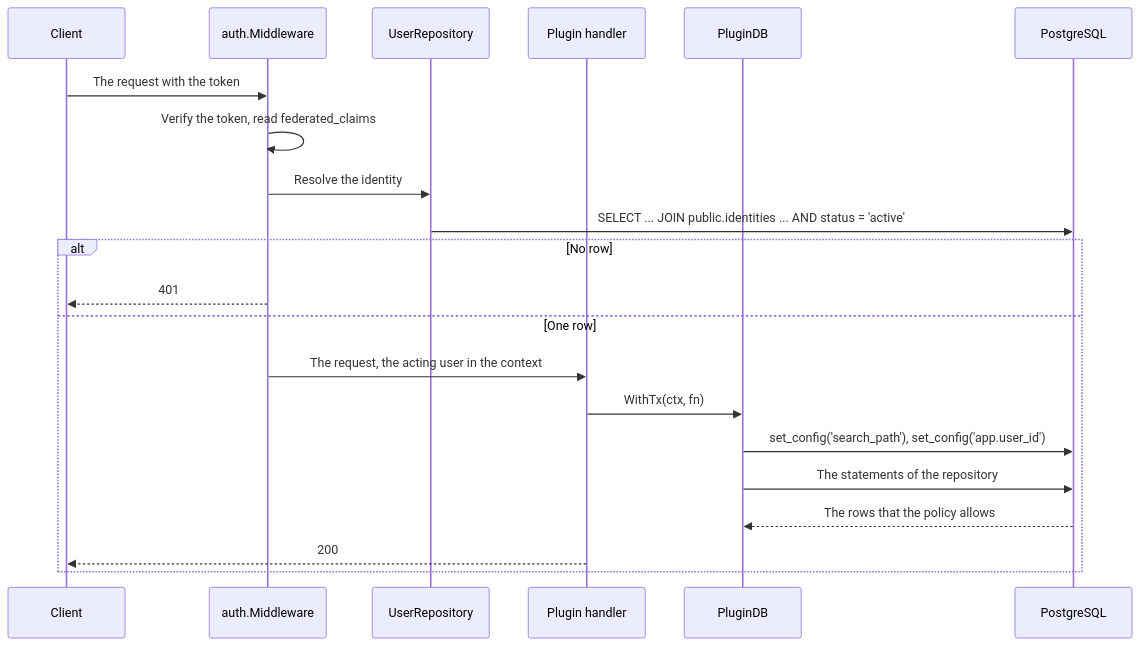
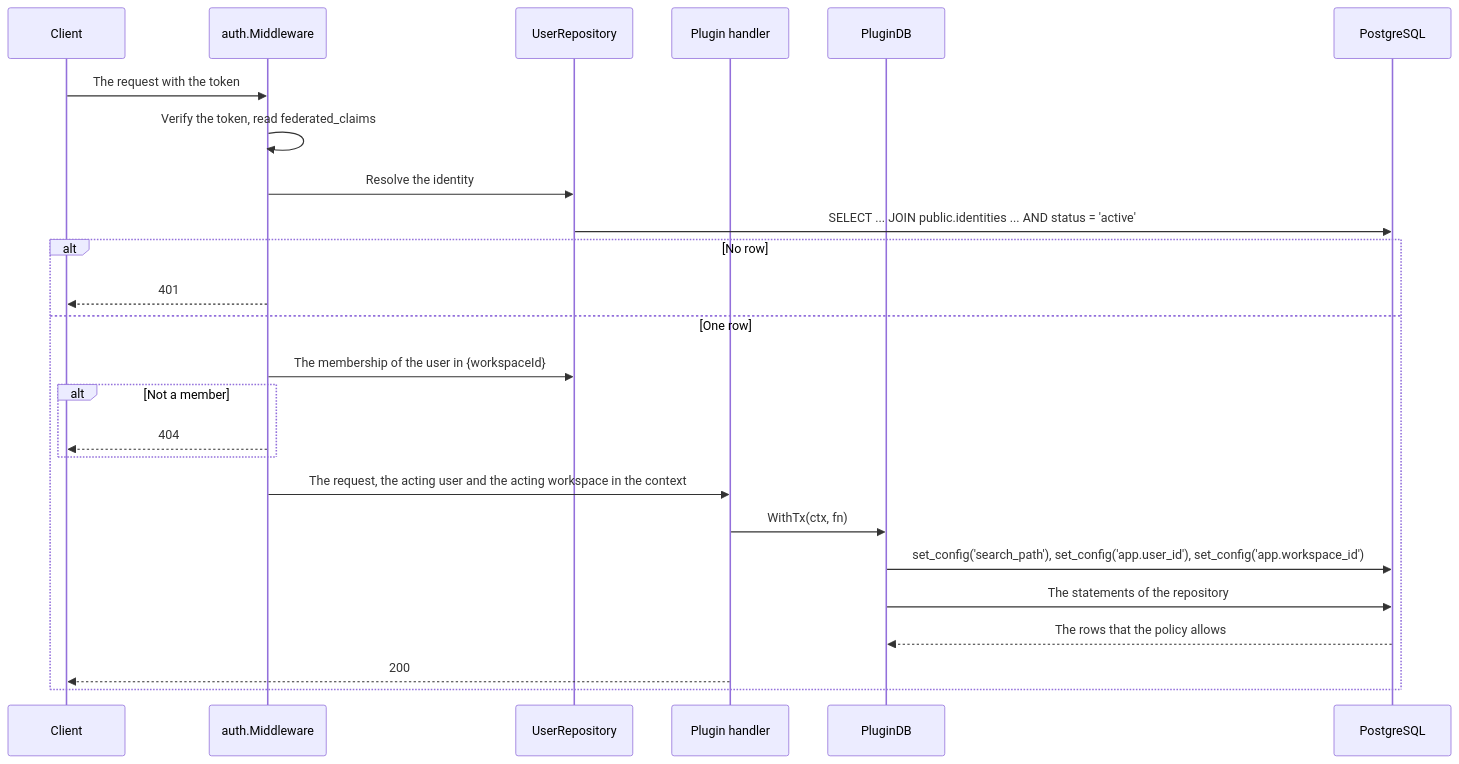
Before and after one commit to ABGEO/maroid: the first of 3 diagrams in specs/features/ident/spec.md, drawn with Mermaid. The commit also changed other lines of this file and 38 other files, not shown here.

````diff
--- a/specs/features/ident/spec.md
+++ b/specs/features/ident/spec.md
@@ -215,24 +230,28 @@
 ```mermaid
 sequenceDiagram
     participant C as Client
     participant M as auth.Middleware
     participant R as UserRepository
     participant H as Plugin handler
     participant D as PluginDB
     participant P as PostgreSQL
 
     C->>M: The request with the token
         M->>M: Verify the token, read federated_claims
     M->>R: Resolve the identity
     R->>P: SELECT ... JOIN public.identities ... AND status = 'active'
     alt No row
         M-->>C: 401
     else One row
-        M->>H: The request, the acting user in the context
+        M->>R: The membership of the user in {workspaceId}
+        alt Not a member
+            M-->>C: 404
+        end
+        M->>H: The request, the acting user and the acting workspace in the context
         H->>D: WithTx(ctx, fn)
-        D->>P: set_config('search_path'), set_config('app.user_id')
+        D->>P: set_config('search_path'), set_config('app.user_id'), set_config('app.workspace_id')
         D->>P: The statements of the repository
         P-->>D: The rows that the policy allows
         H-->>C: 200
     end
 ```
````
